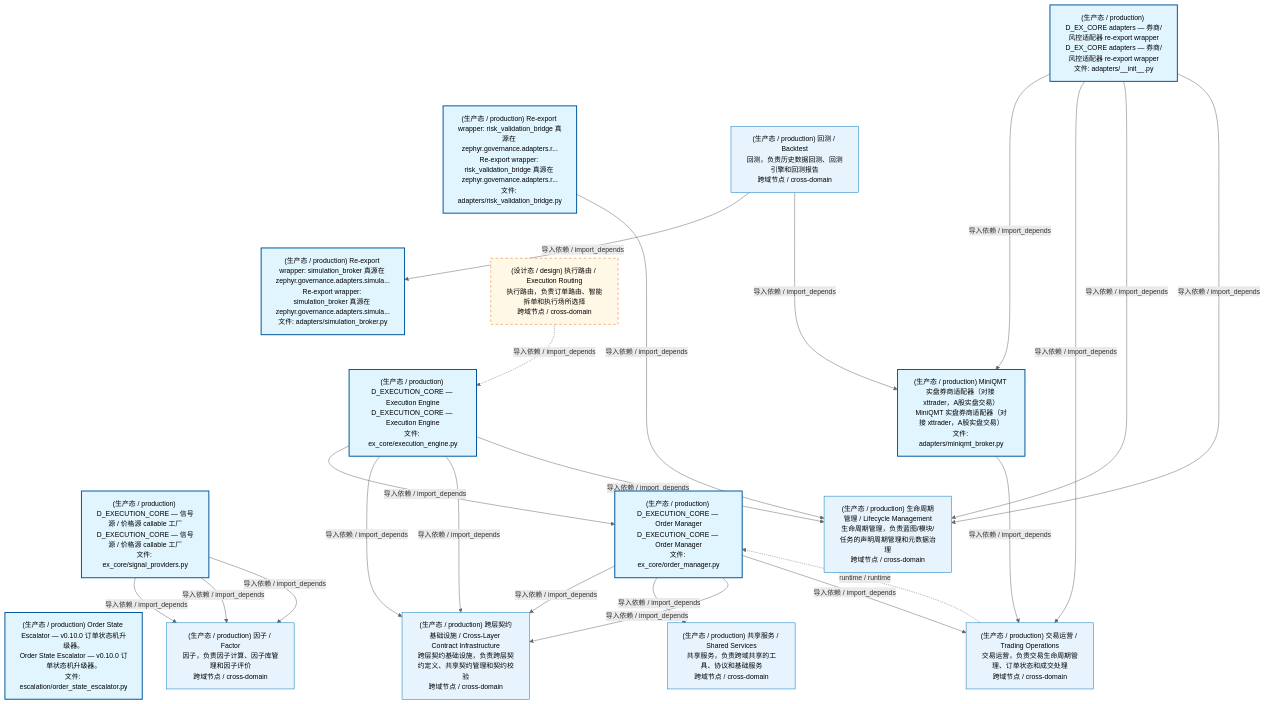
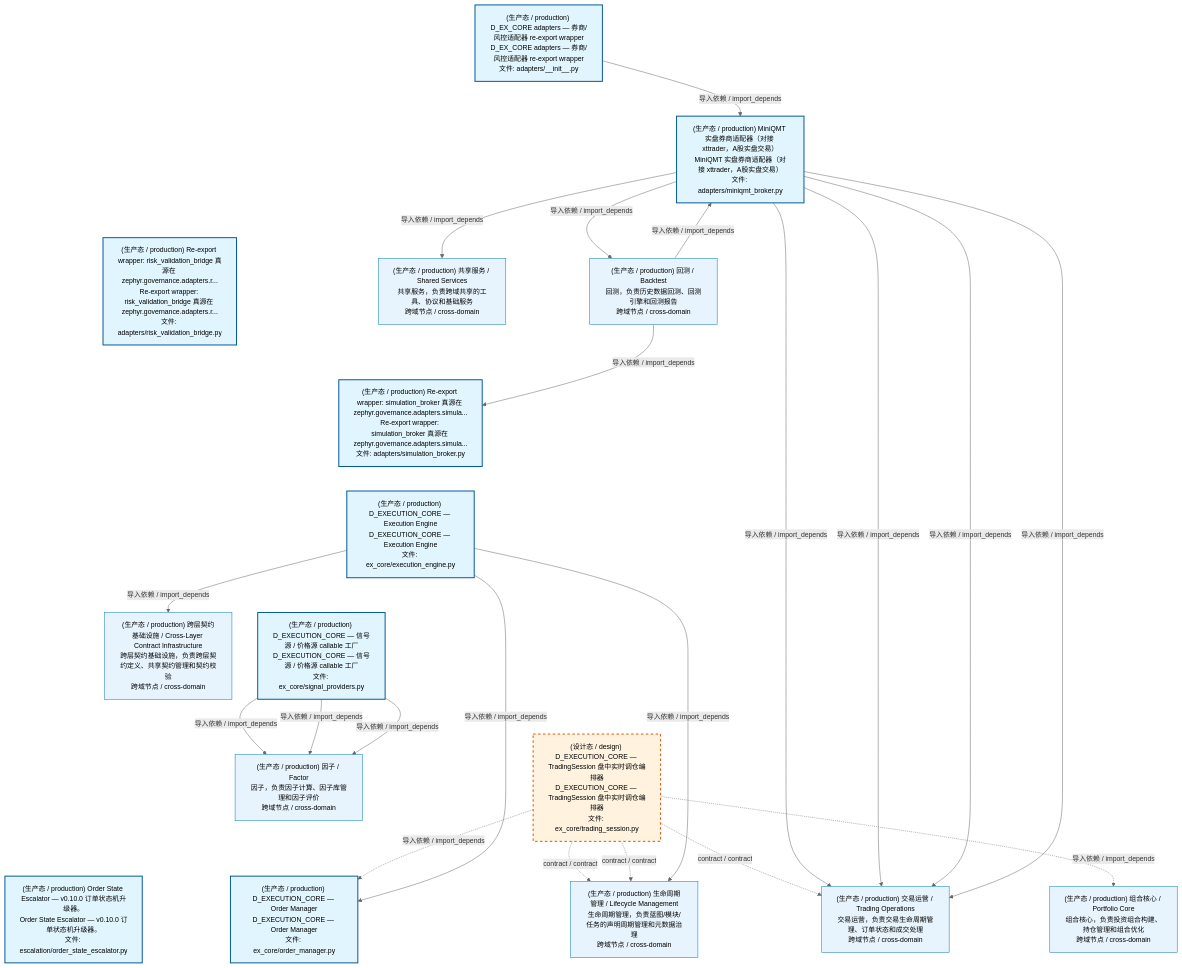
Before and after one commit to xuanFelixVan/ZephyrAlpha: the first of 2 diagrams in docs/02_enterprise_architecture/02_domain_architecture_docs/44_d_ex_core.md, drawn with Mermaid. The commit also changed other lines of this file and 88 other files, not shown here.

````diff
--- a/docs/02_enterprise_architecture/02_domain_architecture_docs/44_d_ex_core.md
+++ b/docs/02_enterprise_architecture/02_domain_architecture_docs/44_d_ex_core.md
@@ -169,53 +53,54 @@
 ```mermaid
 %%{init: {'theme': 'base', 'themeVariables': {'primaryColor': '#eaeaea', 'primaryTextColor': '#333333', 'primaryBorderColor': '#666666', 'lineColor': '#666666', 'secondaryColor': '#eaeaea', 'tertiaryColor': '#eaeaea', 'fontSize': '14px'}}}%%
 flowchart TD
     src_zephyr_ex_core_adapters_init_py["(生产态 / production) D_EX_CORE adapters — 券商/风控适配器 re-export wrapper<br/>D_EX_CORE adapters — 券商/风控适配器 re-export wrapper<br/>文件: adapters/__init__.py"]
     src_zephyr_ex_core_adapters_risk_validation_bridge_py["(生产态 / production) Re-export wrapper: risk_validation_bridge 真源在 zephyr.governance.adapters.r...<br/>Re-export wrapper: risk_validation_bridge 真源在 zephyr.governance.adapters.r...<br/>文件: adapters/risk_validation_bridge.py"]
     src_zephyr_ex_core_adapters_simulation_broker_py["(生产态 / production) Re-export wrapper: simulation_broker 真源在 zephyr.governance.adapters.simula...<br/>Re-export wrapper: simulation_broker 真源在 zephyr.governance.adapters.simula...<br/>文件: adapters/simulation_broker.py"]
     src_zephyr_ex_core_execution_engine_py["(生产态 / production) D_EXECUTION_CORE — Execution Engine<br/>D_EXECUTION_CORE — Execution Engine<br/>文件: ex_core/execution_engine.py"]
     src_zephyr_ex_core_signal_providers_py["(生产态 / production) D_EXECUTION_CORE — 信号源 / 价格源 callable 工厂<br/>D_EXECUTION_CORE — 信号源 / 价格源 callable 工厂<br/>文件: ex_core/signal_providers.py"]
+    src_zephyr_ex_core_trading_session_py["(设计态 / design) D_EXECUTION_CORE — TradingSession 盘中实时调仓编排器<br/>D_EXECUTION_CORE — TradingSession 盘中实时调仓编排器<br/>文件: ex_core/trading_session.py"]
     src_zephyr_governance_escalation_order_state_escalator_py["(生产态 / production) Order State Escalator — v0.10.0 订单状态机升级器。<br/>Order State Escalator — v0.10.0 订单状态机升级器。<br/>文件: escalation/order_state_escalator.py"]
     src_zephyr_ex_core_adapters_init_py ~~~ src_zephyr_ex_core_adapters_risk_validation_bridge_py
     src_zephyr_ex_core_adapters_risk_validation_bridge_py ~~~ src_zephyr_ex_core_adapters_simulation_broker_py
     src_zephyr_ex_core_adapters_simulation_broker_py ~~~ src_zephyr_ex_core_execution_engine_py
     src_zephyr_ex_core_execution_engine_py ~~~ src_zephyr_ex_core_signal_providers_py
-    src_zephyr_ex_core_signal_providers_py ~~~ src_zephyr_governance_escalation_order_state_escalator_py
+    src_zephyr_ex_core_signal_providers_py ~~~ src_zephyr_ex_core_trading_session_py
+    src_zephyr_ex_core_trading_session_py ~~~ src_zephyr_governance_escalation_order_state_escalator_py
     src_zephyr_ex_core_adapters_miniqmt_broker_py["(生产态 / production) MiniQMT 实盘券商适配器（对接 xttrader，A股实盘交易）<br/>MiniQMT 实盘券商适配器（对接 xttrader，A股实盘交易）<br/>文件: adapters/miniqmt_broker.py"]
     src_zephyr_ex_core_order_manager_py["(生产态 / production) D_EXECUTION_CORE — Order Manager<br/>D_EXECUTION_CORE — Order Manager<br/>文件: ex_core/order_manager.py"]
     src_zephyr_ex_core_adapters_miniqmt_broker_py ~~~ src_zephyr_ex_core_order_manager_py
+    src_zephyr_ex_core_trading_session_py -.->|导入依赖 / import_depends| src_zephyr_ex_core_order_manager_py
     src_zephyr_ex_core_execution_engine_py -->|导入依赖 / import_depends| src_zephyr_ex_core_order_manager_py
     src_zephyr_ex_core_adapters_init_py -->|导入依赖 / import_depends| src_zephyr_ex_core_adapters_miniqmt_broker_py
-    D_INFRASTRUCTURE["(生产态 / production) 跨层契约基础设施 / Cross-Layer Contract Infrastructure<br/>跨层契约基础设施，负责跨层契约定义、共享契约管理和契约校验<br/>跨域节点 / cross-domain"]
-    src_zephyr_ex_core_order_manager_py -->|导入依赖 / import_depends| D_INFRASTRUCTURE
-    D_SHARED["(生产态 / production) 共享服务 / Shared Services<br/>共享服务，负责跨域共享的工具、协议和基础服务<br/>跨域节点 / cross-domain"]
-    src_zephyr_ex_core_order_manager_py -->|导入依赖 / import_depends| D_SHARED
-    src_zephyr_ex_core_order_manager_py -->|导入依赖 / import_depends| D_INFRASTRUCTURE
+    D_GOVERNANCE["(生产态 / production) 生命周期管理 / Lifecycle Management<br/>生命周期管理，负责蓝图/模块/任务的声明周期管理和元数据治理<br/>跨域节点 / cross-domain"]
+    src_zephyr_ex_core_trading_session_py -.->|contract / contract| D_GOVERNANCE
+    src_zephyr_ex_core_trading_session_py -.->|contract / contract| D_GOVERNANCE
     D_TRADING["(生产态 / production) 交易运营 / Trading Operations<br/>交易运营，负责交易生命周期管理、订单状态和成交处理<br/>跨域节点 / cross-domain"]
-    src_zephyr_ex_core_order_manager_py -->|导入依赖 / import_depends| D_TRADING
-    src_zephyr_ex_core_execution_engine_py -->|导入依赖 / import_depends| D_INFRASTRUCTURE
-    src_zephyr_ex_core_execution_engine_py -->|导入依赖 / import_depends| D_INFRASTRUCTURE
-    D_GOVERNANCE["(生产态 / production) 生命周期管理 / Lifecycle Management<br/>生命周期管理，负责蓝图/模块/任务的声明周期管理和元数据治理<br/>跨域节点 / cross-domain"]
-    src_zephyr_ex_core_execution_engine_py -->|导入依赖 / import_depends| D_GOVERNANCE
+    src_zephyr_ex_core_trading_session_py -.->|contract / contract| D_TRADING
+    D_PF_CORE["(生产态 / production) 组合核心 / Portfolio Core<br/>组合核心，负责投资组合构建、持仓管理和组合优化<br/>跨域节点 / cross-domain"]
+    src_zephyr_ex_core_trading_session_py -.->|导入依赖 / import_depends| D_PF_CORE
     D_FACTOR["(生产态 / production) 因子 / Factor<br/>因子，负责因子计算、因子库管理和因子评价<br/>跨域节点 / cross-domain"]
     src_zephyr_ex_core_signal_providers_py -->|导入依赖 / import_depends| D_FACTOR
     src_zephyr_ex_core_signal_providers_py -->|导入依赖 / import_depends| D_FACTOR
     src_zephyr_ex_core_signal_providers_py -->|导入依赖 / import_depends| D_FACTOR
-    src_zephyr_ex_core_adapters_risk_validation_bridge_py -->|导入依赖 / import_depends| D_GOVERNANCE
-    src_zephyr_ex_core_adapters_init_py -->|导入依赖 / import_depends| D_TRADING
-    src_zephyr_ex_core_adapters_init_py -->|导入依赖 / import_depends| D_GOVERNANCE
-    src_zephyr_ex_core_adapters_init_py -->|导入依赖 / import_depends| D_GOVERNANCE
+    src_zephyr_ex_core_adapters_miniqmt_broker_py -->|导入依赖 / import_depends| D_TRADING
+    src_zephyr_ex_core_adapters_miniqmt_broker_py -->|导入依赖 / import_depends| D_TRADING
     src_zephyr_ex_core_adapters_miniqmt_broker_py -->|导入依赖 / import_depends| D_TRADING
     D_BACKTEST["(生产态 / production) 回测 / Backtest<br/>回测，负责历史数据回测、回测引擎和回测报告<br/>跨域节点 / cross-domain"]
+    src_zephyr_ex_core_adapters_miniqmt_broker_py -->|导入依赖 / import_depends| D_BACKTEST
+    src_zephyr_ex_core_adapters_miniqmt_broker_py -->|导入依赖 / import_depends| D_TRADING
+    D_SHARED["(生产态 / production) 共享服务 / Shared Services<br/>共享服务，负责跨域共享的工具、协议和基础服务<br/>跨域节点 / cross-domain"]
+    src_zephyr_ex_core_adapters_miniqmt_broker_py -->|导入依赖 / import_depends| D_SHARED
+    src_zephyr_ex_core_execution_engine_py -->|导入依赖 / import_depends| D_GOVERNANCE
+    D_INFRASTRUCTURE["(生产态 / production) 跨层契约基础设施 / Cross-Layer Contract Infrastructure<br/>跨层契约基础设施，负责跨层契约定义、共享契约管理和契约校验<br/>跨域节点 / cross-domain"]
+    src_zephyr_ex_core_execution_engine_py -->|导入依赖 / import_depends| D_INFRASTRUCTURE
     D_BACKTEST -->|导入依赖 / import_depends| src_zephyr_ex_core_adapters_simulation_broker_py
     D_BACKTEST -->|导入依赖 / import_depends| src_zephyr_ex_core_adapters_miniqmt_broker_py
-    D_TRADING -.->|runtime / runtime| src_zephyr_ex_core_order_manager_py
-    D_EX_SOR["(设计态 / design) 执行路由 / Execution Routing<br/>执行路由，负责订单路由、智能拆单和执行场所选择<br/>跨域节点 / cross-domain"]
-    D_EX_SOR -.->|导入依赖 / import_depends| src_zephyr_ex_core_execution_engine_py
     classDef production fill:#e1f5fe,stroke:#01579b,stroke-width:2px,color:#000
     classDef design fill:#fff3e0,stroke:#e65100,stroke-width:2px,color:#000,stroke-dasharray: 5 5
     classDef external_prod fill:#e8f4fd,stroke:#0277bd,stroke-width:1px,color:#000
     classDef external_design fill:#fff8e7,stroke:#ef6c00,stroke-width:1px,color:#000,stroke-dasharray: 5 5
     class src_zephyr_ex_core_adapters_init_py,src_zephyr_ex_core_adapters_miniqmt_broker_py,src_zephyr_ex_core_adapters_risk_validation_bridge_py,src_zephyr_ex_core_adapters_simulation_broker_py,src_zephyr_ex_core_execution_engine_py,src_zephyr_ex_core_order_manager_py,src_zephyr_ex_core_signal_providers_py,src_zephyr_governance_escalation_order_state_escalator_py production
-    class D_INFRASTRUCTURE,D_SHARED,D_TRADING,D_GOVERNANCE,D_FACTOR,D_BACKTEST external_prod
-    class D_EX_SOR external_design
+    class src_zephyr_ex_core_trading_session_py design
+    class D_GOVERNANCE,D_TRADING,D_PF_CORE,D_FACTOR,D_BACKTEST,D_SHARED,D_INFRASTRUCTURE external_prod
 ```
````
